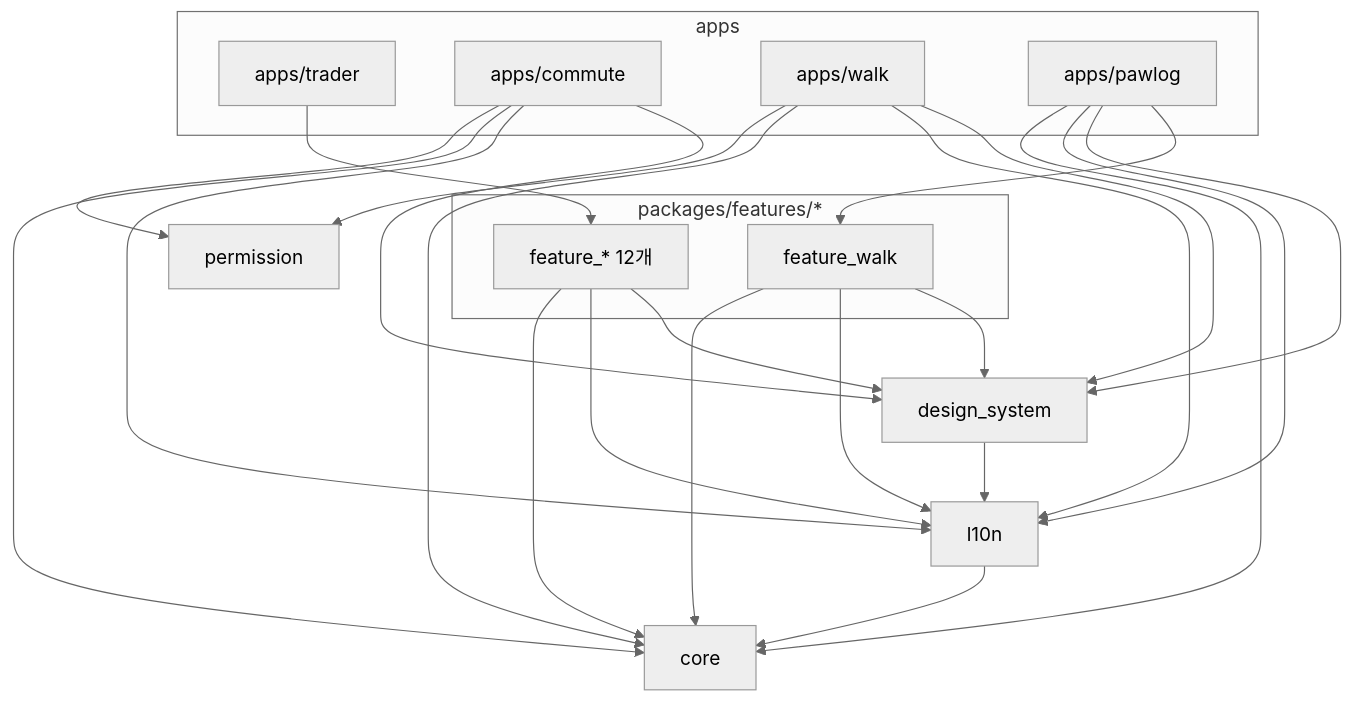
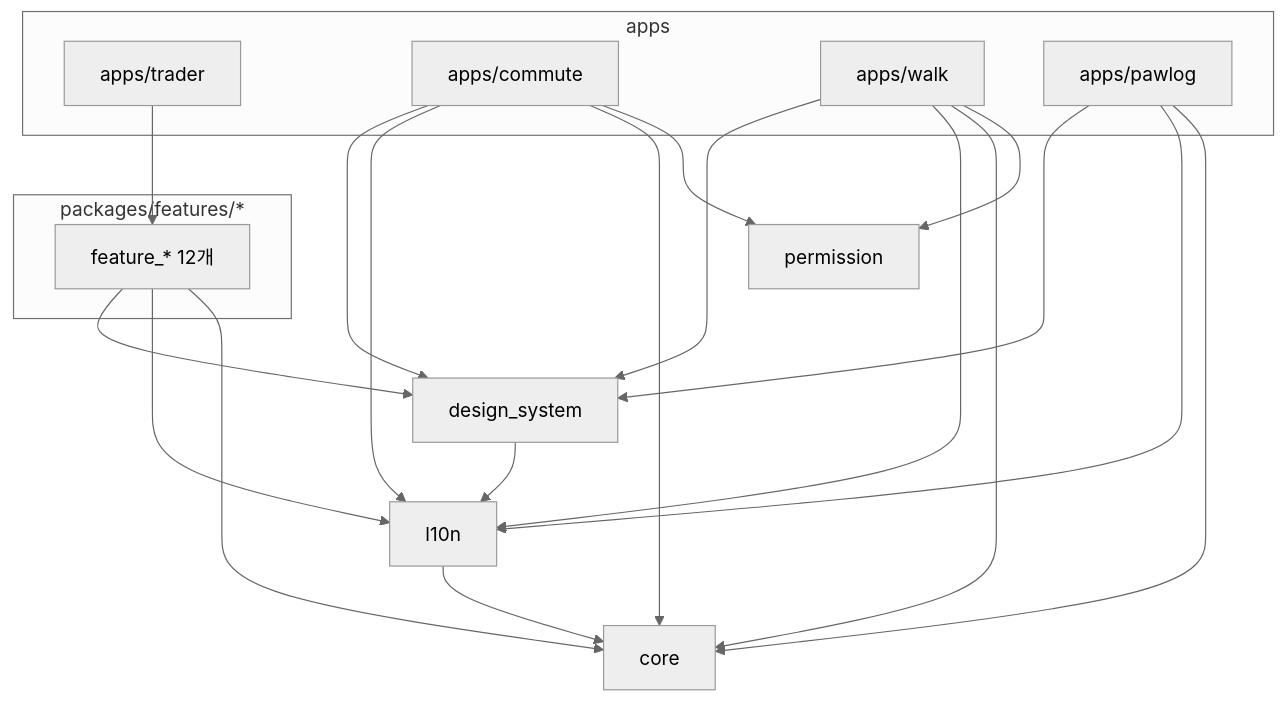
The first of 3 diagrams in docs/dependencies.md (karma951221/flutter_apps), drawn with Mermaid (neutral theme) before and after one commit. The commit also changed other lines of this file and 236 other files, not shown here.

First line of the commit message:
refactor(pawlog): feature_walk 패키지를 앱 안으로 옮긴다

````diff
--- a/docs/dependencies.md
+++ b/docs/dependencies.md
@@ -12,39 +12,34 @@
 ```mermaid
 flowchart TB
   subgraph apps
     trader[apps/trader]
     commute_app[apps/commute]
     walk_app[apps/walk]
     pawlog_app[apps/pawlog]
   end
   subgraph features["packages/features/*"]
     F[feature_* 12개]
-    W[feature_walk]
   end
   DS[design_system]
   L[l10n]
   CORE[core]
   PERM[permission]
 
   trader --> F
   F --> DS
   F --> L
-  W --> DS
-  W --> L
   DS --> L
   L --> CORE
   F --> CORE
-  W --> CORE
   commute_app --> DS
   commute_app --> L
   commute_app --> CORE
   commute_app --> PERM
   walk_app --> DS
   walk_app --> L
   walk_app --> CORE
   walk_app --> PERM
-  pawlog_app --> W
   pawlog_app --> DS
   pawlog_app --> L
   pawlog_app --> CORE
 ```
````
